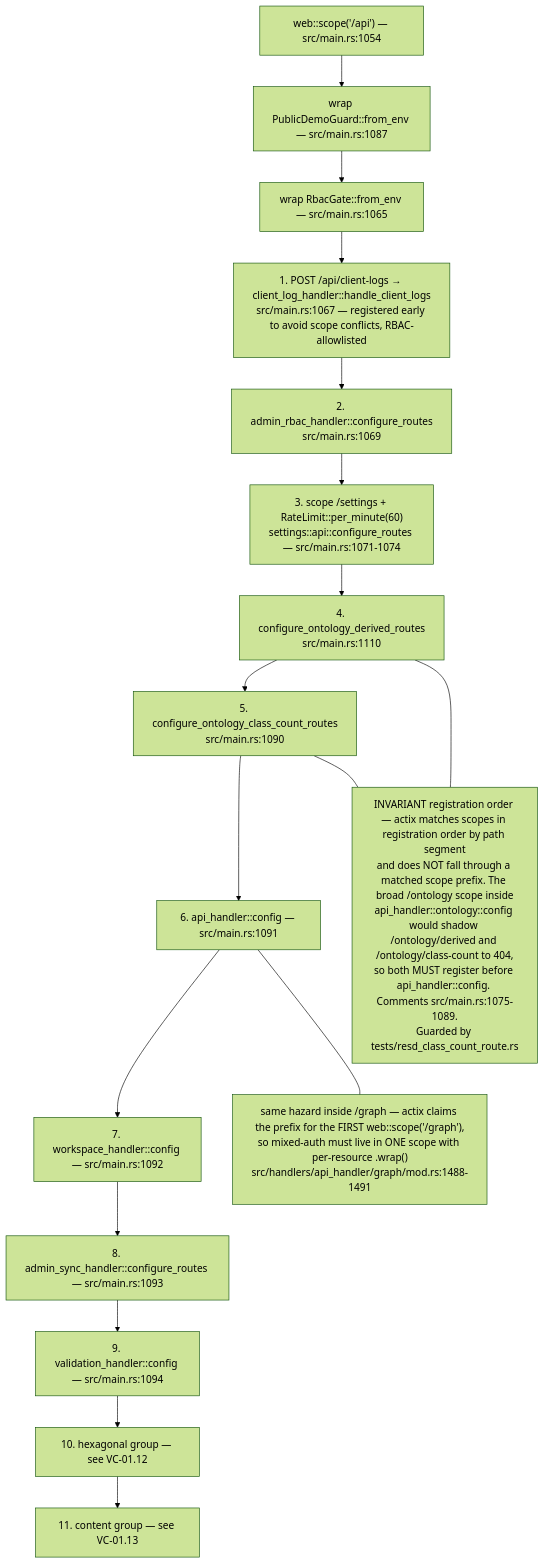
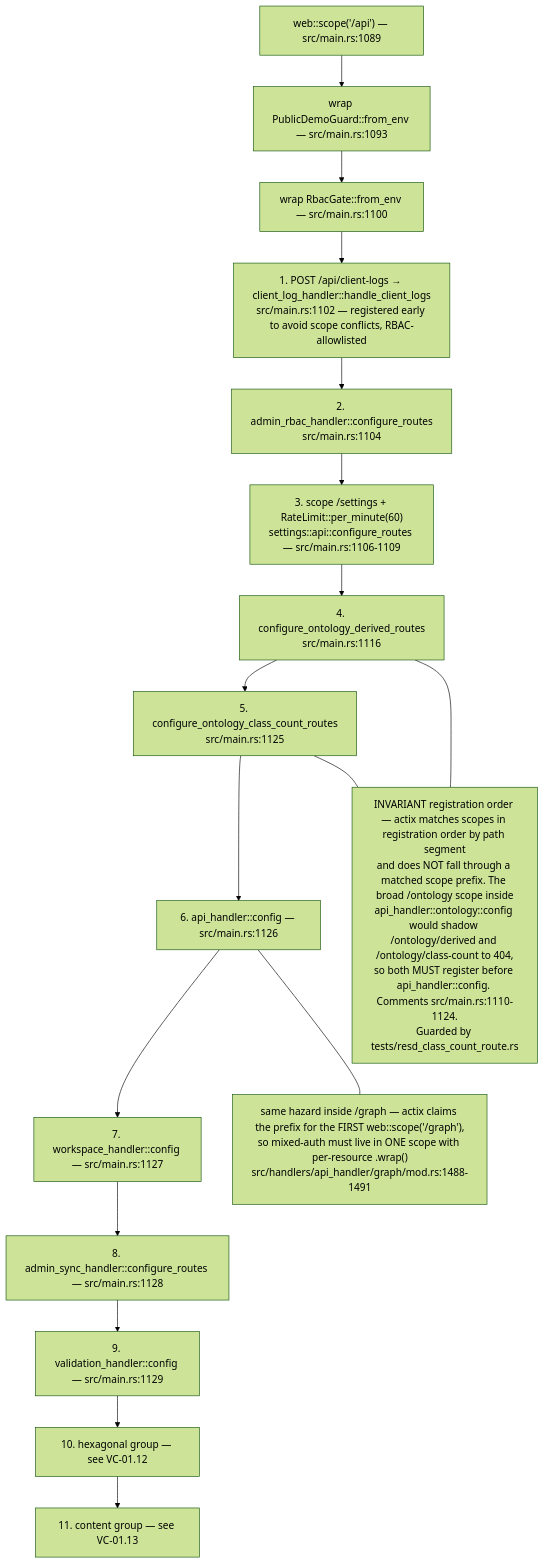
Before and after one commit to DreamLab-AI/VisionFlow: the tenth of 15 diagrams in docs/diagrams/visionclaw/01-boot-and-app-state.md, drawn with Mermaid (forest theme). The commit also changed other lines of this file and 32 other files, not shown here.

````diff
--- a/docs/diagrams/visionclaw/01-boot-and-app-state.md
+++ b/docs/diagrams/visionclaw/01-boot-and-app-state.md
@@ -412,22 +412,22 @@
 ```mermaid
 flowchart TB
-    S["web::scope('/api') — src/main.rs:1054"]
-    S --> G1["wrap PublicDemoGuard::from_env — src/main.rs:1087"]
-    G1 --> G2["wrap RbacGate::from_env — src/main.rs:1065"]
-    G2 --> R1["1. POST /api/client-logs → client_log_handler::handle_client_logs<br/>src/main.rs:1067 — registered early to avoid scope conflicts, RBAC-allowlisted"]
-    R1 --> R2["2. admin_rbac_handler::configure_routes<br/>src/main.rs:1069"]
-    R2 --> R3["3. scope /settings + RateLimit::per_minute(60)<br/>settings::api::configure_routes — src/main.rs:1071-1074"]
-    R3 --> R4["4. configure_ontology_derived_routes<br/>src/main.rs:1110"]
-    R4 --> R5["5. configure_ontology_class_count_routes<br/>src/main.rs:1090"]
-    R5 --> R6["6. api_handler::config — src/main.rs:1091"]
-    R6 --> R7["7. workspace_handler::config — src/main.rs:1092"]
-    R7 --> R8["8. admin_sync_handler::configure_routes — src/main.rs:1093"]
-    R8 --> R9["9. validation_handler::config — src/main.rs:1094"]
+    S["web::scope('/api') — src/main.rs:1089"]
+    S --> G1["wrap PublicDemoGuard::from_env — src/main.rs:1093"]
+    G1 --> G2["wrap RbacGate::from_env — src/main.rs:1100"]
+    G2 --> R1["1. POST /api/client-logs → client_log_handler::handle_client_logs<br/>src/main.rs:1102 — registered early to avoid scope conflicts, RBAC-allowlisted"]
+    R1 --> R2["2. admin_rbac_handler::configure_routes<br/>src/main.rs:1104"]
+    R2 --> R3["3. scope /settings + RateLimit::per_minute(60)<br/>settings::api::configure_routes — src/main.rs:1106-1109"]
+    R3 --> R4["4. configure_ontology_derived_routes<br/>src/main.rs:1116"]
+    R4 --> R5["5. configure_ontology_class_count_routes<br/>src/main.rs:1125"]
+    R5 --> R6["6. api_handler::config — src/main.rs:1126"]
+    R6 --> R7["7. workspace_handler::config — src/main.rs:1127"]
+    R7 --> R8["8. admin_sync_handler::configure_routes — src/main.rs:1128"]
+    R8 --> R9["9. validation_handler::config — src/main.rs:1129"]
     R9 --> R10["10. hexagonal group — see VC-01.12"]
     R10 --> R11["11. content group — see VC-01.13"]
-    ORD["INVARIANT registration order — actix matches scopes in registration order by path segment<br/>and does NOT fall through a matched scope prefix. The broad /ontology scope inside<br/>api_handler::ontology::config would shadow /ontology/derived and /ontology/class-count to 404,<br/>so both MUST register before api_handler::config. Comments src/main.rs:1075-1089.<br/>Guarded by tests/resd_class_count_route.rs"]
+    ORD["INVARIANT registration order — actix matches scopes in registration order by path segment<br/>and does NOT fall through a matched scope prefix. The broad /ontology scope inside<br/>api_handler::ontology::config would shadow /ontology/derived and /ontology/class-count to 404,<br/>so both MUST register before api_handler::config. Comments src/main.rs:1110-1124.<br/>Guarded by tests/resd_class_count_route.rs"]
     R4 --- ORD
     R5 --- ORD
     ORD2["same hazard inside /graph — actix claims the prefix for the FIRST web::scope('/graph'),<br/>so mixed-auth must live in ONE scope with per-resource .wrap()<br/>src/handlers/api_handler/graph/mod.rs:1488-1491"]
     R6 --- ORD2
 ```
````
